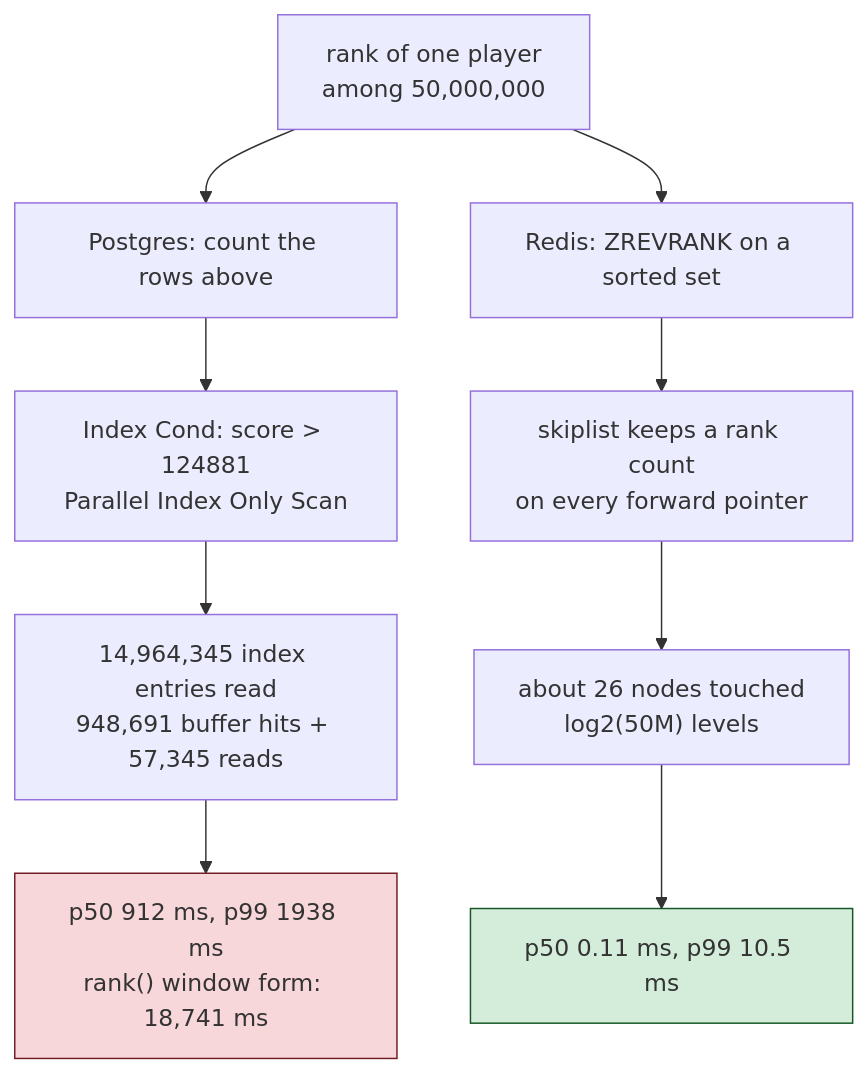
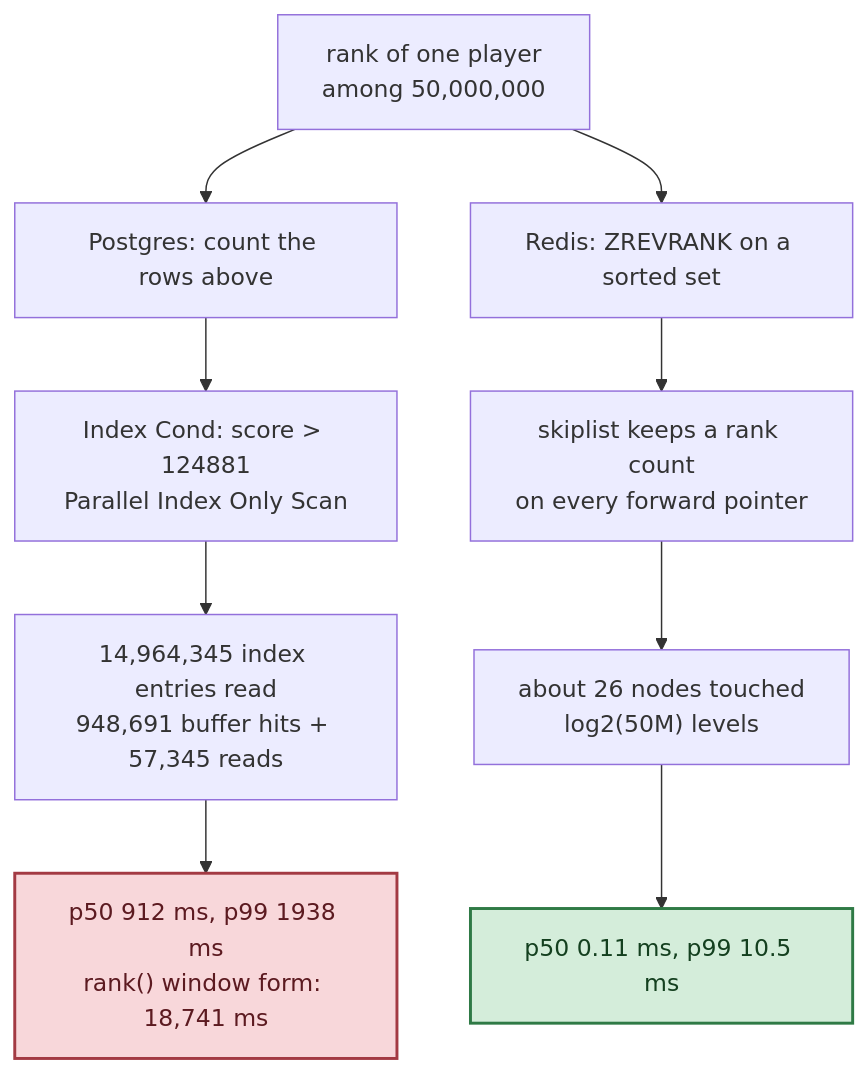
One commit to haraGADygyl/medium-python-articles changed the diagram in markdown/system-design-interview/assets/006/01-count-above.mmd. Above: the diagram before and after it, drawn with Mermaid. The commit also changed 69 other files, not shown here.

First line of the commit message:
feat: backfill system-design-interview 000-009 diagrams in the house style

```diff
--- a/markdown/system-design-interview/assets/006/01-count-above.mmd
+++ b/markdown/system-design-interview/assets/006/01-count-above.mmd
@@ -1,11 +1,13 @@
 flowchart TD
     Q["rank of one player<br/>among 50,000,000"] --> A["Postgres: count the rows above"]
     Q --> B["Redis: ZREVRANK on a sorted set"]
     A --> A1["Index Cond: score > 124881<br/>Parallel Index Only Scan"]
     A1 --> A2["14,964,345 index entries read<br/>948,691 buffer hits + 57,345 reads"]
     A2 --> A3["p50 912 ms, p99 1938 ms<br/>rank() window form: 18,741 ms"]
     B --> B1["skiplist keeps a rank count<br/>on every forward pointer"]
     B1 --> B2["about 26 nodes touched<br/>log2(50M) levels"]
     B2 --> B3["p50 0.11 ms, p99 10.5 ms"]
-    style A3 fill:#f8d7da,stroke:#721c24
-    style B3 fill:#d4edda,stroke:#155724
+    classDef ok fill:#d4edda,stroke:#2f7a45,stroke-width:2px,color:#14401f
+    classDef bad fill:#f8d7da,stroke:#a33a43,stroke-width:2px,color:#5c1a20
+    class B3 ok
+    class A3 bad
```
